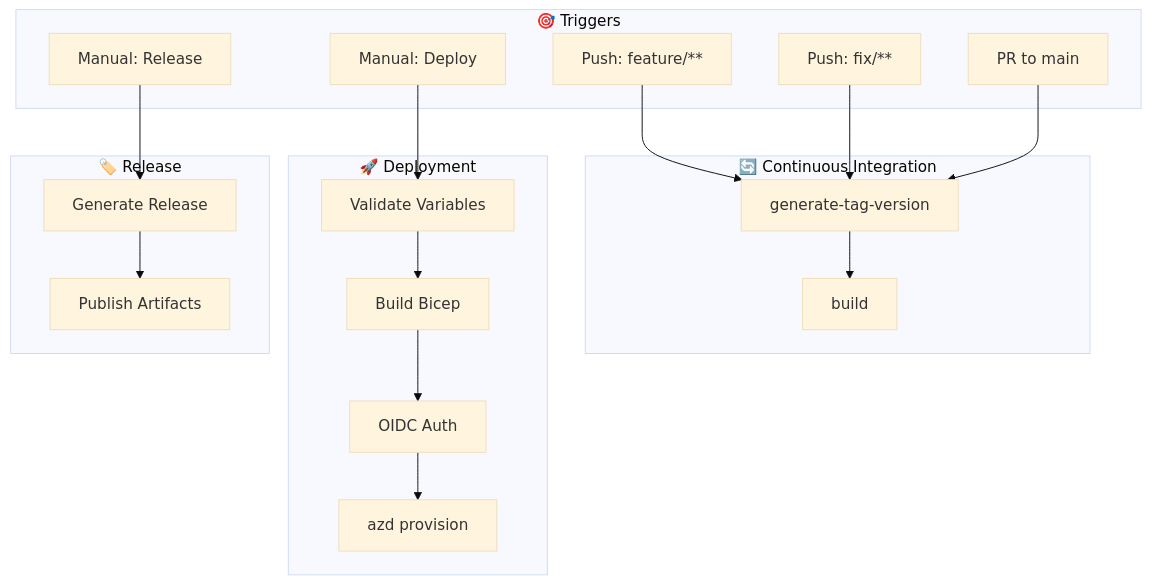
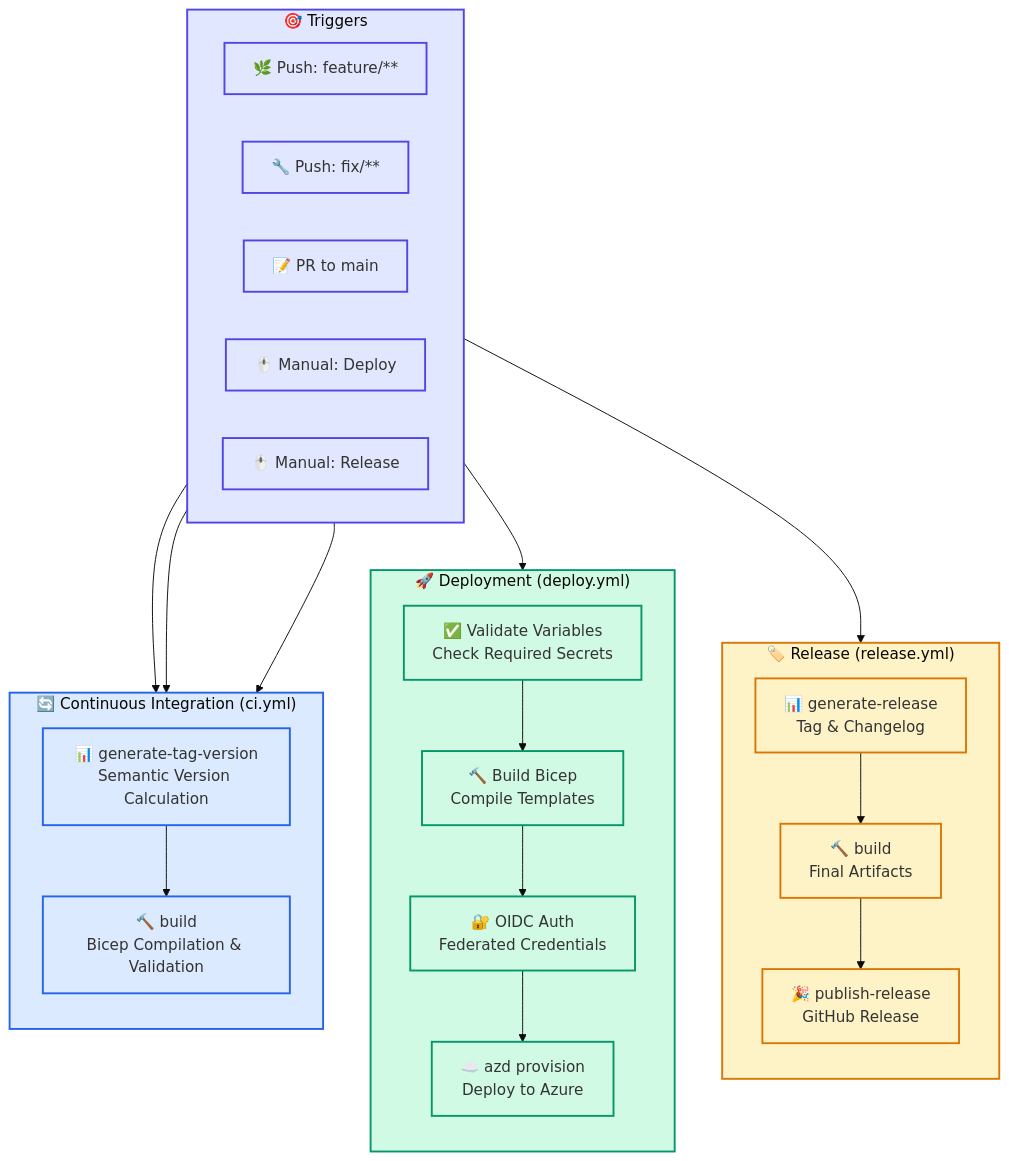
Before and after one commit to Evilazaro/DevExp-DevBox: the third of 3 diagrams in README.md, drawn with Mermaid (base theme). The commit also changed other lines of this file, not shown here.

Commit message:
docs: enhance architecture documentation with detailed landing zone overview and improved CI/CD pipeline descriptions

````diff
--- a/README.md
+++ b/README.md
@@ -484,31 +510,49 @@
 ```mermaid
 flowchart TB
     subgraph Triggers["🎯 Triggers"]
-        T1["Push: feature/**"]
-        T2["Push: fix/**"]
-        T3["PR to main"]
-        T4["Manual: Deploy"]
-        T5["Manual: Release"]
+        direction LR
+        T1["🌿 Push: feature/**"]
+        T2["🔧 Push: fix/**"]
+        T3["📝 PR to main"]
+        T4["🖱️ Manual: Deploy"]
+        T5["🖱️ Manual: Release"]
     end
     
-    subgraph CI["🔄 Continuous Integration"]
-        CI1["generate-tag-version"]
-        CI2["build"]
+    subgraph CI["🔄 Continuous Integration (ci.yml)"]
+        direction TB
+        CI1["📊 generate-tag-version<br/>Semantic Version Calculation"]
+        CI2["🔨 build<br/>Bicep Compilation & Validation"]
+        CI1 --> CI2
     end
     
-    subgraph Deploy["🚀 Deployment"]
-        D1["Validate Variables"]
-        D2["Build Bicep"]
-        D3["OIDC Auth"]
-        D4["azd provision"]
+    subgraph Deploy["🚀 Deployment (deploy.yml)"]
+        direction TB
+        D1["✅ Validate Variables<br/>Check Required Secrets"]
+        D2["🔨 Build Bicep<br/>Compile Templates"]
+        D3["🔐 OIDC Auth<br/>Federated Credentials"]
+        D4["☁️ azd provision<br/>Deploy to Azure"]
+        D1 --> D2 --> D3 --> D4
     end
     
-    subgraph Release["🏷️ Release"]
-        R1["Generate Release"]
-        R2["Publish Artifacts"]
+    subgraph Release["🏷️ Release (release.yml)"]
+        direction TB
+        R1["📊 generate-release<br/>Tag & Changelog"]
+        R2["🔨 build<br/>Final Artifacts"]
+        R3["🎉 publish-release<br/>GitHub Release"]
+        R1 --> R2 --> R3
     end
     
-    T1 & T2 & T3 --> CI1 --> CI2
-    T4 --> D1 --> D2 --> D3 --> D4
-    T5 --> R1 --> R2
+    T1 & T2 & T3 --> CI
+    T4 --> Deploy
+    T5 --> Release
+    
+    classDef trigger fill:#E0E7FF,stroke:#4F46E5,stroke-width:2px
+    classDef ci fill:#DBEAFE,stroke:#2563EB,stroke-width:2px
+    classDef deploy fill:#D1FAE5,stroke:#059669,stroke-width:2px
+    classDef release fill:#FEF3C7,stroke:#D97706,stroke-width:2px
+    
+    class Triggers,T1,T2,T3,T4,T5 trigger
+    class CI,CI1,CI2 ci
+    class Deploy,D1,D2,D3,D4 deploy
+    class Release,R1,R2,R3 release
 ```
````
